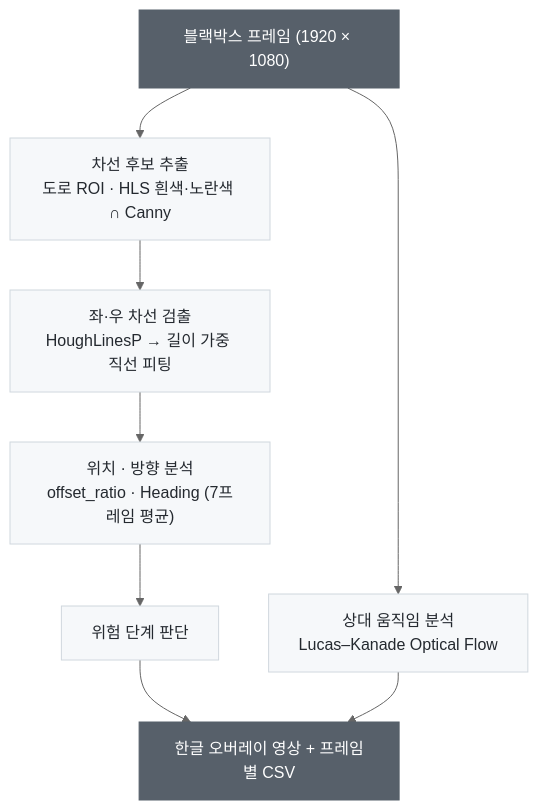
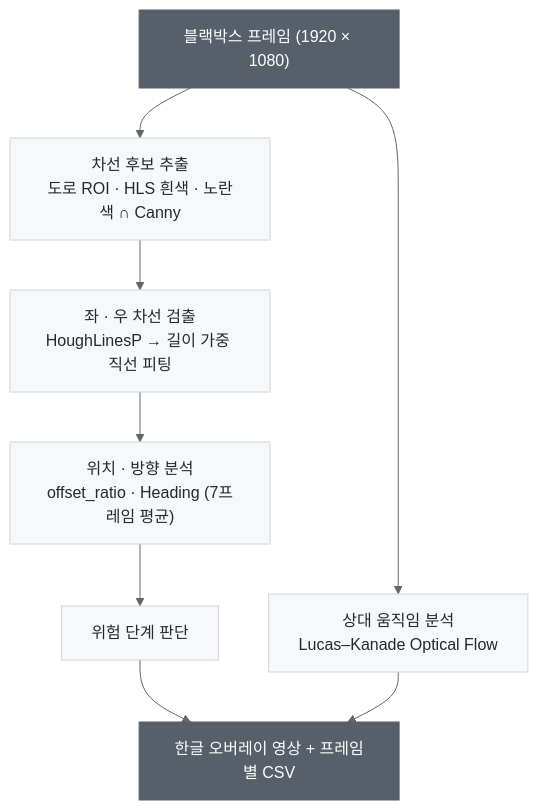
One commit to YOOBIN-AN/driving-analysis changed the first of 2 diagrams in lane-analysis/README.md. Above: the diagram before and after it, drawn with Mermaid (neutral theme). The commit also changed other lines of this file and 1 other file, not shown here.

````diff
--- a/lane-analysis/README.md
+++ b/lane-analysis/README.md
@@ -81,15 +81,15 @@
 ```mermaid
 flowchart TD
-    IN["블랙박스 프레임 (1920 × 1080)"] --> CAND["차선 후보 추출<br/>도로 ROI · HLS 흰색·노란색 ∩ Canny"]
-    CAND --> LINE["좌·우 차선 검출<br/>HoughLinesP → 길이 가중 직선 피팅"]
+    IN["블랙박스 프레임 (1920 × 1080)"] --> CAND["차선 후보 추출<br/>도로 ROI · HLS 흰색 · 노란색 ∩ Canny"]
+    CAND --> LINE["좌 · 우 차선 검출<br/>HoughLinesP → 길이 가중 직선 피팅"]
     LINE --> ANA["위치 · 방향 분석<br/>offset_ratio · Heading (7프레임 평균)"]
     ANA --> RISK["위험 단계 판단"]
     IN --> FLOW["상대 움직임 분석<br/>Lucas–Kanade Optical Flow"]
     RISK --> OUT["한글 오버레이 영상 + 프레임별 CSV"]
     FLOW --> OUT
 
     classDef io fill:#57606a,stroke:#57606a,color:#fff
     classDef step fill:#f6f8fa,stroke:#d0d7de,color:#24292f
     class IN,OUT io
     class CAND,LINE,ANA,RISK,FLOW step
 ```
````
